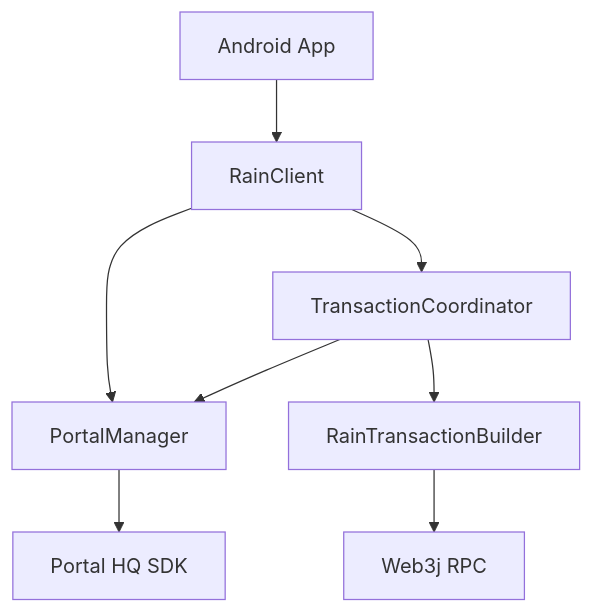
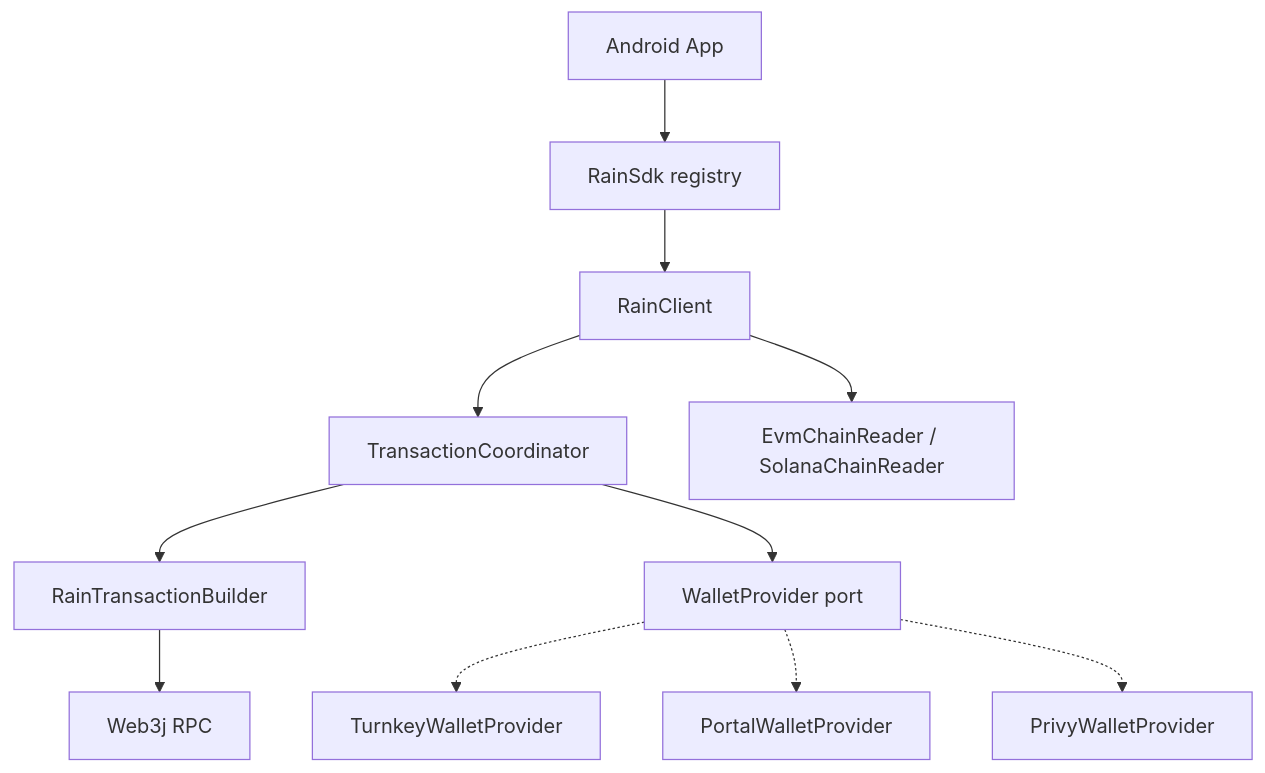
The diagram in rain-core-android/README.md (SignifyHQ/rain-sdk-android), drawn with Mermaid before and after one commit. The commit also changed other lines of this file and 24 other files, not shown here.

First line of the commit message:
fix(sdk): withdrawal, Turnkey auth, and Portal history correctness

````diff
--- a/rain-core-android/README.md
+++ b/rain-core-android/README.md
@@ -24,10 +35,13 @@
 ```mermaid
 graph TD
-    App[Android App] --> RainClient[RainClient]
-    RainClient --> PortalMgr[PortalManager]
-    RainClient --> TxCoord[TransactionCoordinator]
-    TxCoord --> TxBuilder[RainTransactionBuilder]
-    TxCoord --> PortalMgr
-    PortalMgr --> PortalSDK[Portal HQ SDK]
-    TxBuilder --> Web3j[Web3j RPC]
+    App[Android App] --> RainSdk[RainSdk registry]
+    RainSdk --> RainClient[RainClient]
+    RainClient --> Coord[TransactionCoordinator]
+    Coord --> Builder[RainTransactionBuilder]
+    Coord --> Port[WalletProvider port]
+    Port -.-> Turnkey[TurnkeyWalletProvider]
+    Port -.-> Portal[PortalWalletProvider]
+    Port -.-> Privy[PrivyWalletProvider]
+    Builder --> Web3j[Web3j RPC]
+    RainClient --> Readers[EvmChainReader / SolanaChainReader]
 ```
````
